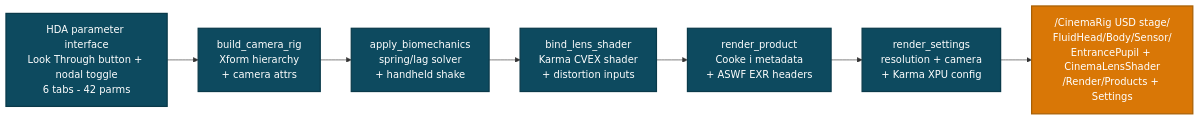
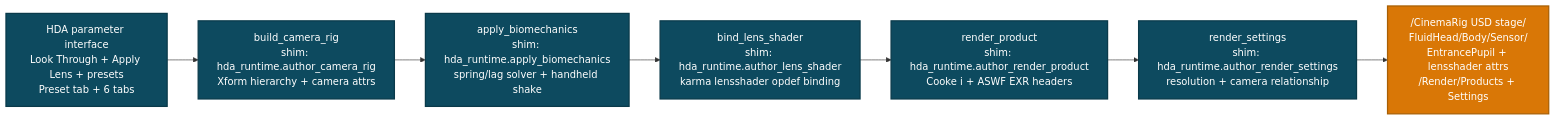
Before and after one commit to JosephOIbrahim/Houdini_Camera_Rig_System: the second of 4 diagrams in README.md, drawn with Mermaid. The commit also changed other lines of this file and 31 other files, not shown here.

First line of the commit message:
v3.4: Registry-wired rigs, real Karma lens shader, parented OBJ rig

````diff
--- a/README.md
+++ b/README.md
@@ -179,22 +181,22 @@
 ```mermaid
 flowchart LR
-    PARMS[HDA parameter interface<br/>Look Through button + nodal toggle<br/>6 tabs - 42 parms]:::primary
+    PARMS["HDA parameter interface<br/>Look Through + Apply Lens + presets<br/>Preset tab + 6 tabs"]:::primary
 
-    BR[build_camera_rig<br/>Xform hierarchy<br/>+ camera attrs]:::primary
-    BM[apply_biomechanics<br/>spring/lag solver<br/>+ handheld shake]:::primary
-    LS[bind_lens_shader<br/>Karma CVEX shader<br/>+ distortion inputs]:::primary
-    RP[render_product<br/>Cooke i metadata<br/>+ ASWF EXR headers]:::primary
-    RS[render_settings<br/>resolution + camera<br/>+ Karma XPU config]:::primary
+    BR["build_camera_rig<br/>shim: hda_runtime.author_camera_rig<br/>Xform hierarchy + camera attrs"]:::primary
+    BM["apply_biomechanics<br/>shim: hda_runtime.apply_biomechanics<br/>spring/lag solver + handheld shake"]:::primary
+    LS["bind_lens_shader<br/>shim: hda_runtime.author_lens_shader<br/>karma lensshader opdef binding"]:::primary
+    RP["render_product<br/>shim: hda_runtime.author_render_product<br/>Cooke i + ASWF EXR headers"]:::primary
+    RS["render_settings<br/>shim: hda_runtime.author_render_settings<br/>resolution + camera relationship"]:::primary
 
-    USD["/CinemaRig USD stage/<br/>FluidHead/Body/Sensor/<br/>EntrancePupil + CinemaLensShader<br/>/Render/Products + Settings"]:::accent
+    USD["/CinemaRig USD stage/<br/>FluidHead/Body/Sensor/<br/>EntrancePupil + lensshader attrs<br/>/Render/Products + Settings"]:::accent
 
     PARMS --> BR
     BR --> BM
     BM --> LS
     LS --> RP
     RP --> RS
     RS --> USD
 
     classDef primary fill:#0d4a5f,stroke:#0a3a4a,color:#fff,stroke-width:2px
     classDef accent  fill:#d97706,stroke:#a85f04,color:#fff,stroke-width:2px
 ```
````
